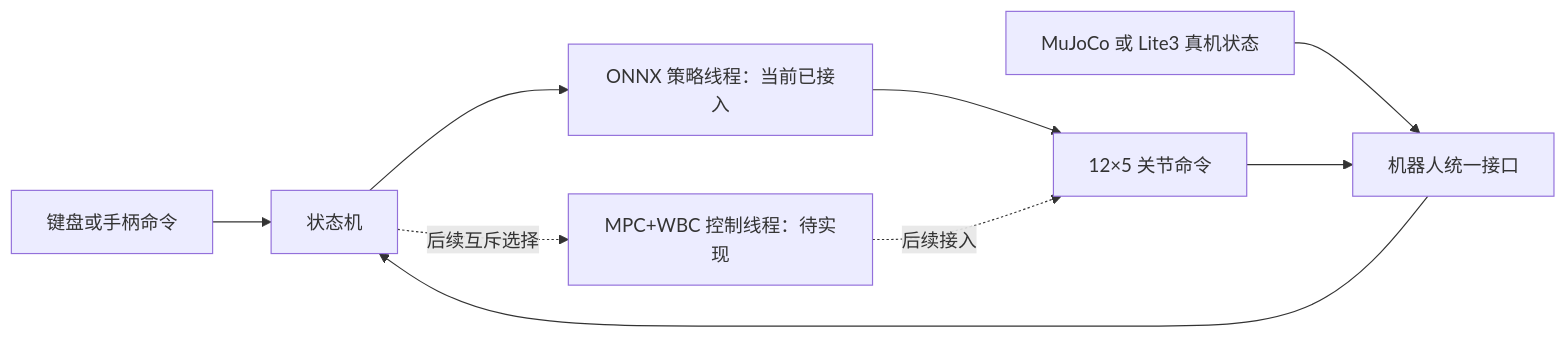
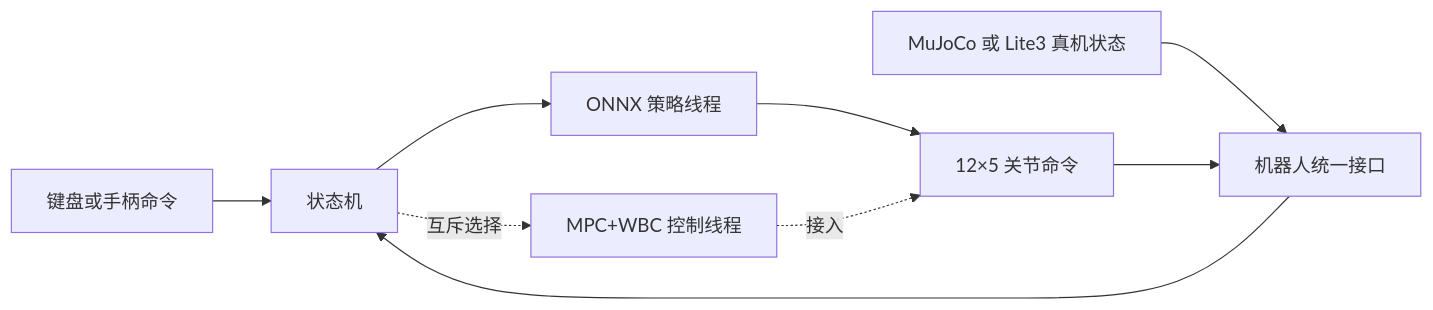
One commit to yingjian-peng/Lite3_MPC-WBC_project changed the diagram in README.md. Above: the diagram before and after it, drawn with Mermaid. The commit also changed other lines of this file, not shown here.

````diff
--- a/README.md
+++ b/README.md
@@ -17,11 +15,11 @@
 ```mermaid
 flowchart LR
     A[键盘或手柄命令] --> B[状态机]
     C[MuJoCo 或 Lite3 真机状态] --> D[机器人统一接口]
     D --> B
-    B --> E[ONNX 策略线程：当前已接入]
-    B -. 后续互斥选择 .-> F[MPC+WBC 控制线程：待实现]
+    B --> E[ONNX 策略线程]
+    B -. 互斥选择 .-> F[MPC+WBC 控制线程]
     E --> G[12×5 关节命令]
-    F -. 后续接入 .-> G
+    F -. 接入 .-> G
     G --> D
 ```
````
